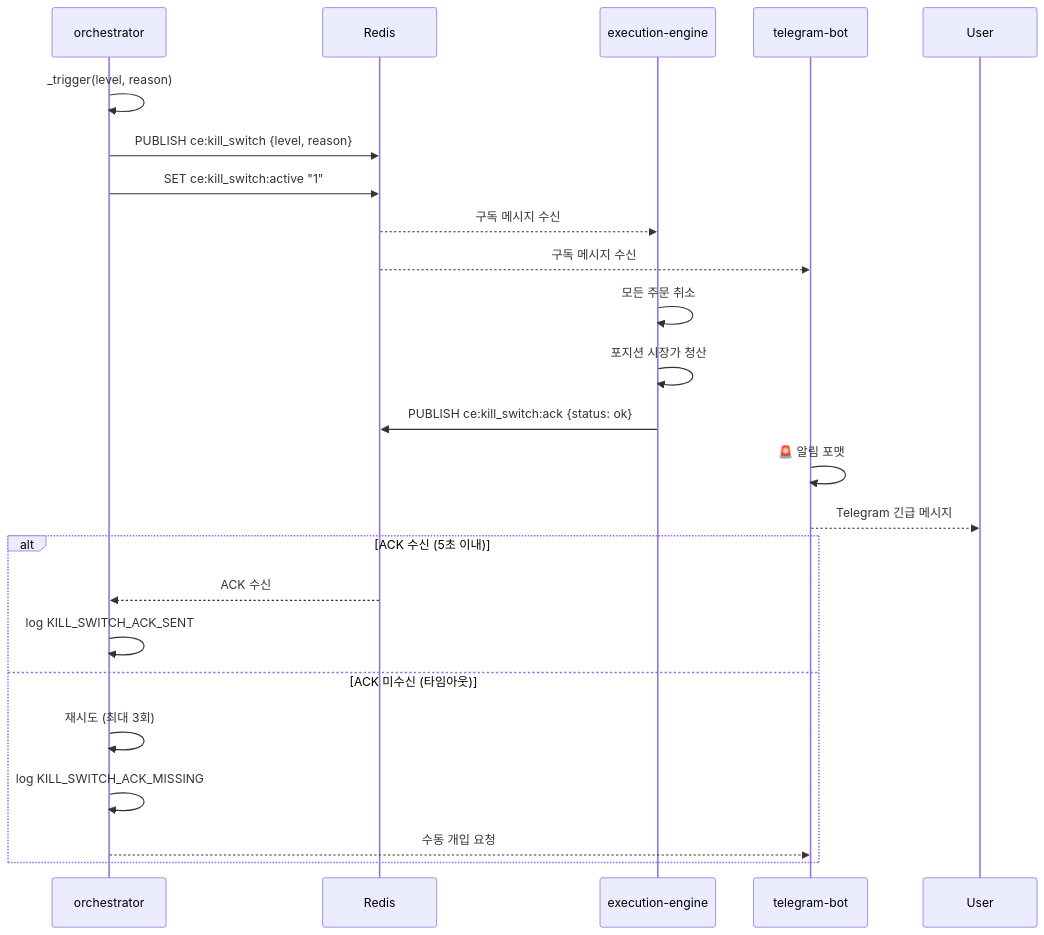
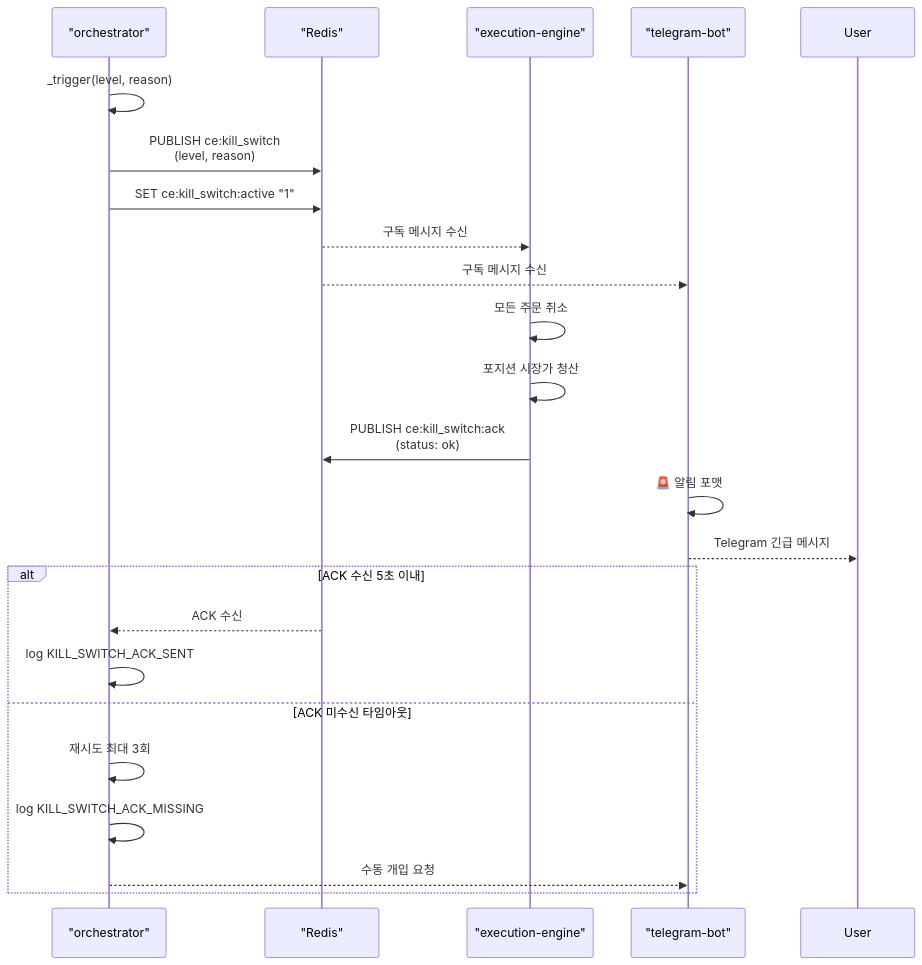
Before and after one commit to Justant-source/Bit-Mania: the second of 4 diagrams in cryptoengine/docs/policies/kill-switch.md, drawn with Mermaid. The commit also changed other lines of this file and 25 other files, not shown here.

First line of the commit message:
fix(docs): repair Mermaid diagrams for GitHub rendering (30 files)

````diff
--- a/cryptoengine/docs/policies/kill-switch.md
+++ b/cryptoengine/docs/policies/kill-switch.md
@@ -404,27 +404,27 @@
 ```mermaid
 sequenceDiagram
-    participant ORC as orchestrator
-    participant REDIS as Redis
-    participant ENG as execution-engine
-    participant TG as telegram-bot
+    participant ORC as "orchestrator"
+    participant REDIS as "Redis"
+    participant ENG as "execution-engine"
+    participant TG as "telegram-bot"
 
     ORC->>ORC: _trigger(level, reason)
-    ORC->>REDIS: PUBLISH ce:kill_switch {level, reason}
+    ORC->>REDIS: PUBLISH ce:kill_switch<br/>(level, reason)
     ORC->>REDIS: SET ce:kill_switch:active "1"
     REDIS-->>ENG: 구독 메시지 수신
     REDIS-->>TG: 구독 메시지 수신
     ENG->>ENG: 모든 주문 취소
     ENG->>ENG: 포지션 시장가 청산
-    ENG->>REDIS: PUBLISH ce:kill_switch:ack {status: ok}
+    ENG->>REDIS: PUBLISH ce:kill_switch:ack<br/>(status: ok)
     TG->>TG: 🚨 알림 포맷
     TG-->>User: Telegram 긴급 메시지
 
-    alt ACK 수신 (5초 이내)
+    alt ACK 수신 5초 이내
         REDIS-->>ORC: ACK 수신
         ORC->>ORC: log KILL_SWITCH_ACK_SENT
-    else ACK 미수신 (타임아웃)
-        ORC->>ORC: 재시도 (최대 3회)
+    else ACK 미수신 타임아웃
+        ORC->>ORC: 재시도 최대 3회
         ORC->>ORC: log KILL_SWITCH_ACK_MISSING
         ORC-->>TG: 수동 개입 요청
     end
 ```
````
